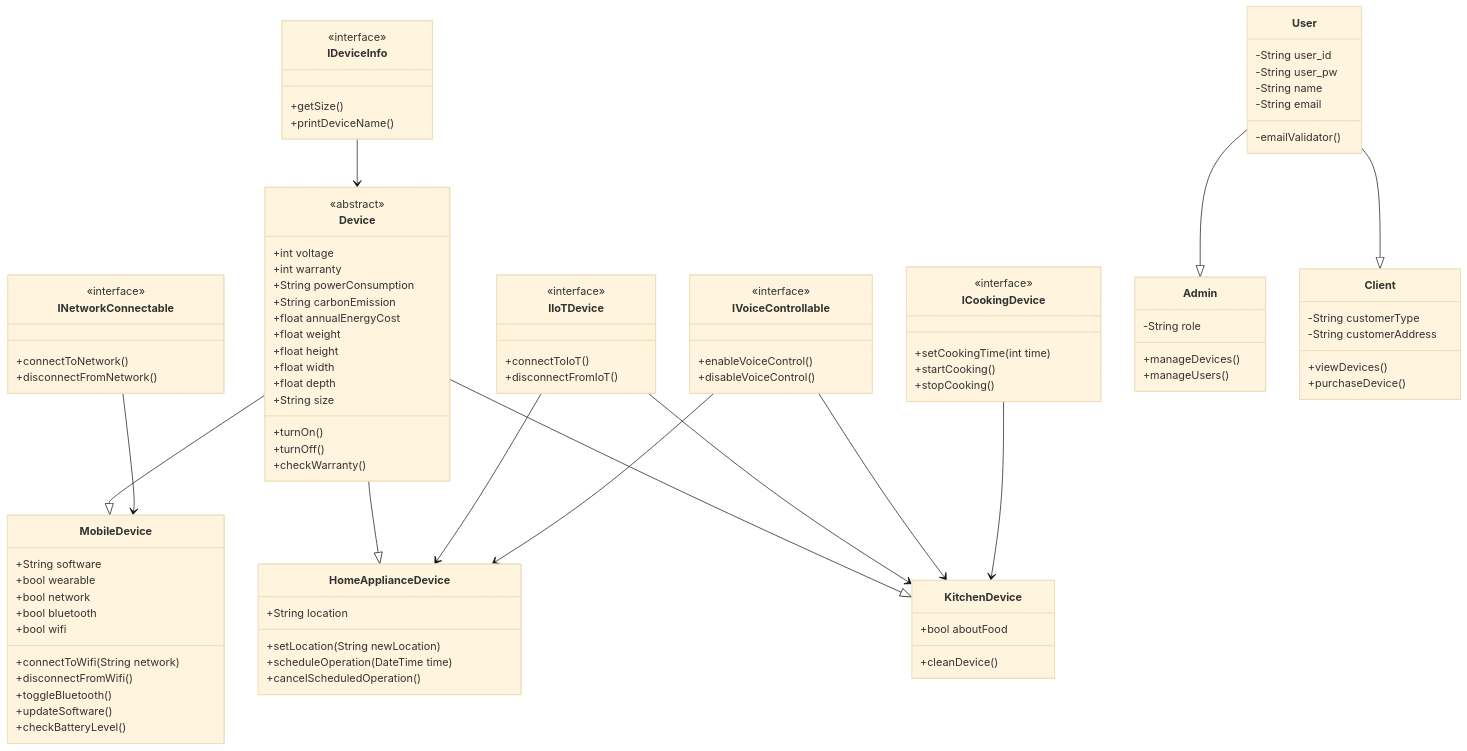
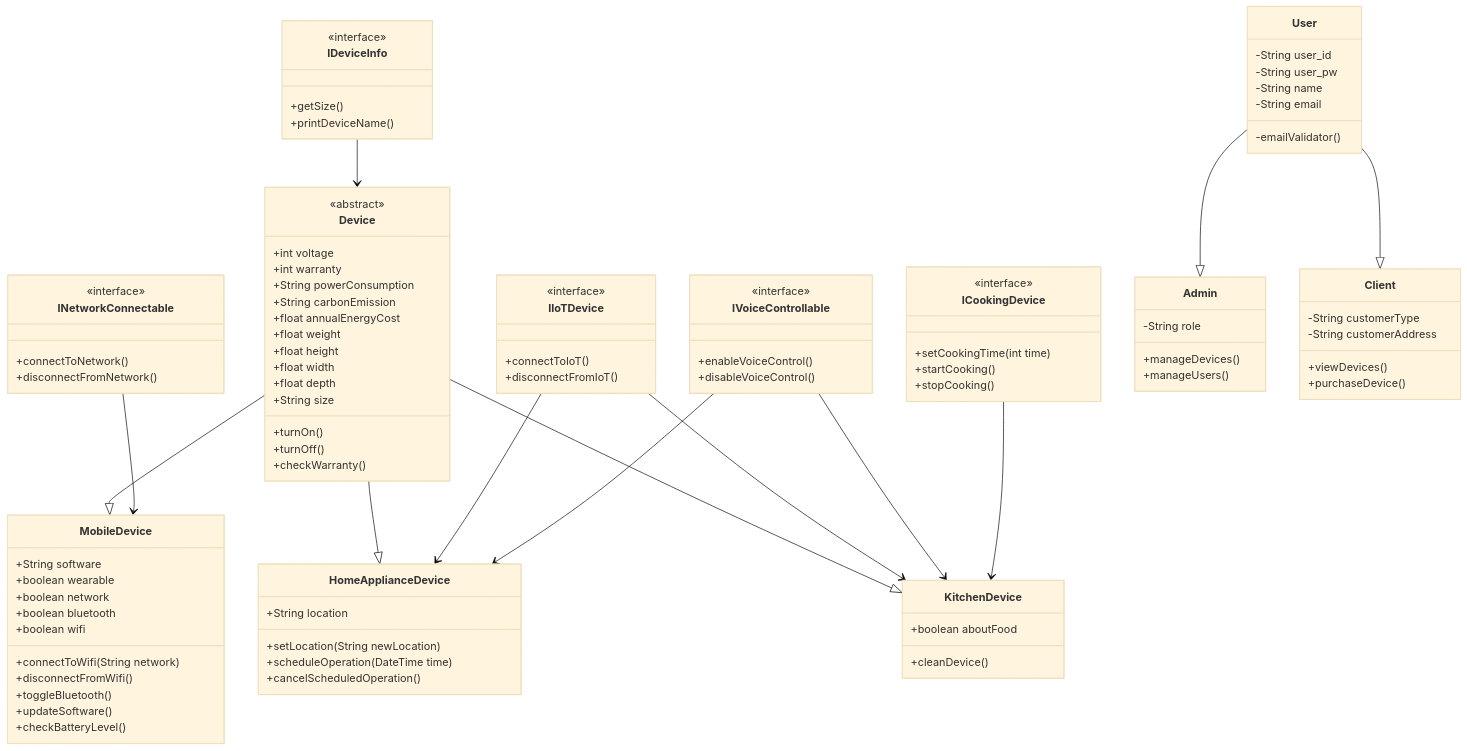
One commit to fish895623/teamproject changed the second of 2 diagrams in ClassDiagram.md. Above: the diagram before and after it, drawn with Mermaid (base theme). The commit also changed other lines of this file, not shown here.

Commit message:
change bool to boolean

```diff
--- a/ClassDiagram.md
+++ b/ClassDiagram.md
@@ -155,10 +155,10 @@
 
     class MobileDevice {
         +String software
-        +bool wearable
-        +bool network
-        +bool bluetooth
-        +bool wifi
+        +boolean wearable
+        +boolean network
+        +boolean bluetooth
+        +boolean wifi
         +connectToWifi(String network)
         +disconnectFromWifi()
         +toggleBluetooth()
@@ -174,7 +174,7 @@
     }
 
     class KitchenDevice {
-        +bool aboutFood
+        +boolean aboutFood
         +cleanDevice()
     }
 
```
